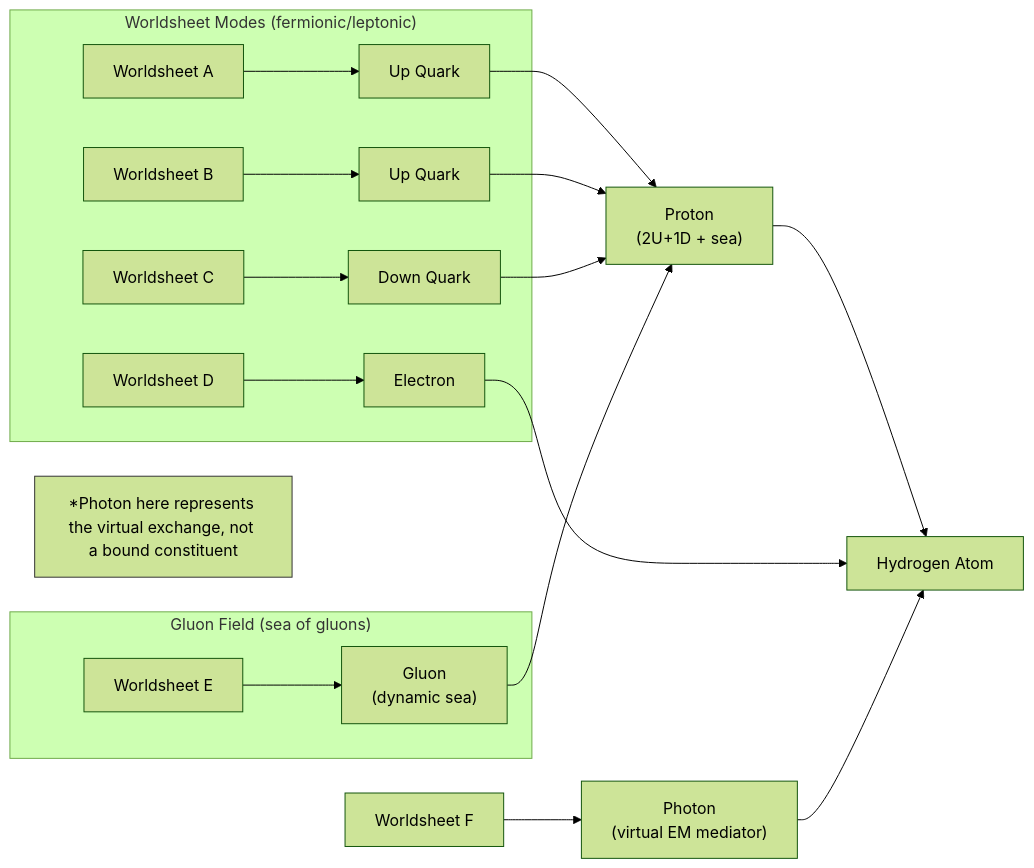
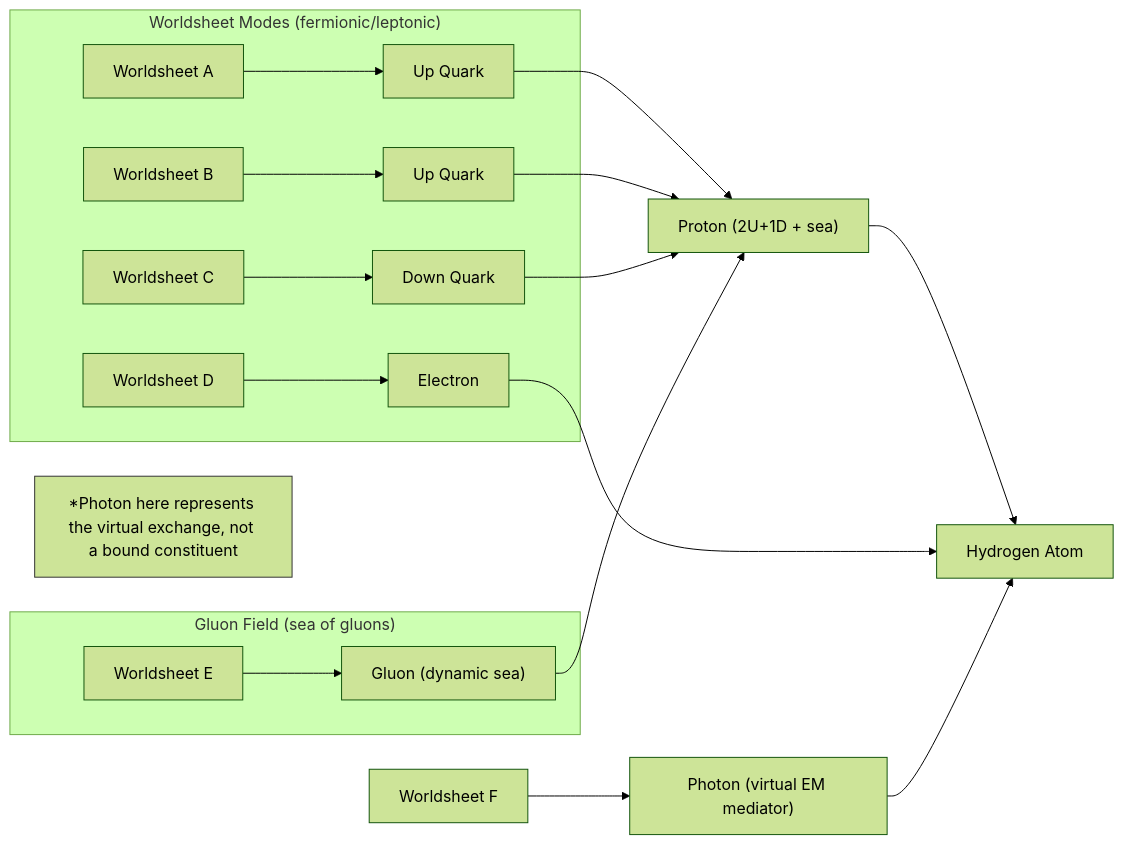
Before and after one commit to Staphylococcus/brain-from-brane: the second of 7 diagrams in docs/01-pattern-realism/1a-pathway-emergence.md, drawn with Mermaid (forest theme).

Commit message:
Fixed newline issues in the 1.a.I diagram

````diff
--- a/docs/01-pattern-realism/1a-pathway-emergence.md
+++ b/docs/01-pattern-realism/1a-pathway-emergence.md
@@ -25,28 +25,28 @@
 ```mermaid
 flowchart LR
   %% group fundamental worldsheets and modes
   subgraph "Worldsheet Modes (fermionic/leptonic)"
     WS_A["Worldsheet A"] --> U1["Up Quark"]
     WS_B["Worldsheet B"] --> U2["Up Quark"]
     WS_C["Worldsheet C"] --> D["Down Quark"]
     WS_D["Worldsheet D"] --> Electron["Electron"]
   end
 
   %% show dynamic gluon field as a sea
   subgraph "Gluon Field (sea of gluons)"
-    WS_E["Worldsheet E"] --> G["Gluon\n(dynamic sea)"]
+    WS_E["Worldsheet E"] --> G["Gluon (dynamic sea)"]
   end
 
   %% proton composition with sea annotation
-  U1 & U2 & D & G --> Proton["Proton\n(2U+1D + sea)"]
+  U1 & U2 & D & G --> Proton["Proton (2U+1D + sea)"]
 
   %% virtual photon mediator called out
-  WS_F["Worldsheet F"] --> Photon["Photon\n(virtual EM mediator)"]
+  WS_F["Worldsheet F"] --> Photon["Photon (virtual EM mediator)"]
 
   %% final assembly note
   Proton & Electron & Photon --> H["Hydrogen Atom"]
 
   %% legend or note: all nodes are organizational patterns of strings
   classDef note stroke:#333,stroke-width:1px;
   note1["*Photon here represents the virtual exchange, not a bound constituent"]:::note
 ```
````
